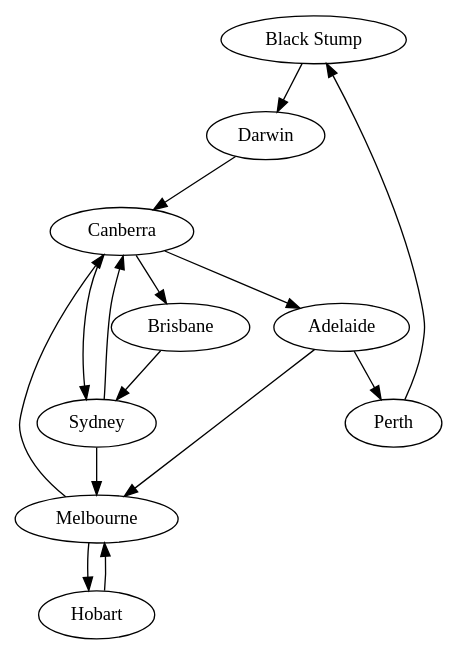
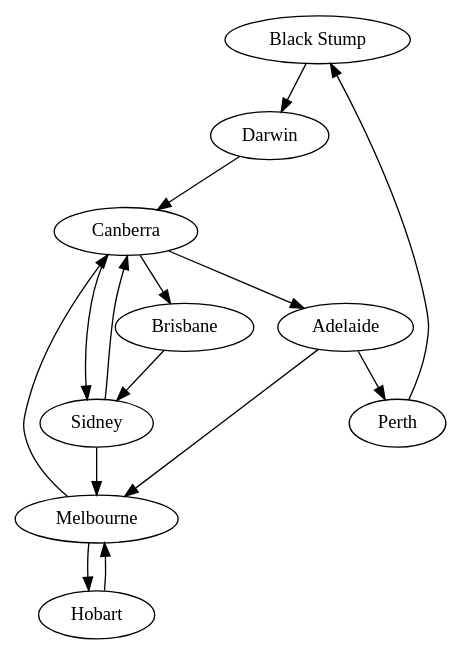
Before and after one commit to ldklab/ensf338w23: the diagram in labs/lab08/graph.dot, drawn with Graphviz.

```diff
--- a/labs/lab08/graph.dot
+++ b/labs/lab08/graph.dot
@@ -1,25 +1,16 @@
 strict digraph G {
-    7 [ label="Black Stump" ];
-    5 [ label="Hobart" ];
-    4 [ label="Melbourne" ];
-    0 [ label="Sydney" ];
-    8 [ label="Darwin" ];
-    2 [ label="Brisbane" ];
-    1 [ label="Canberra" ];
-    6 [ label="Perth" ];
-    3 [ label="Adelaide" ];
-    7 -> 8;
-    5 -> 4;
-    4 -> 5;
-    4 -> 1;
-    0 -> 4;
-    0 -> 1;
-    8 -> 1;
-    2 -> 0;
-    1 -> 0;
-    1 -> 2;
-    1 -> 3;
-    6 -> 7;
-    3 -> 4;
-    3 -> 6;
+    "Black Stump" -> "Darwin";
+    "Hobart" -> "Melbourne";
+    "Melbourne" -> "Hobart";
+    "Melbourne" -> "Canberra";
+    "Sidney" -> "Melbourne";
+    "Sidney" -> "Canberra";
+    "Darwin" -> "Canberra";
+    "Brisbane" -> "Sidney";
+    "Canberra" -> "Sidney";
+    "Canberra" -> "Brisbane";
+    "Canberra" -> "Adelaide";
+    "Perth" -> "Black Stump";
+    "Adelaide" -> "Melbourne";
+    "Adelaide" -> "Perth";
 }
```
